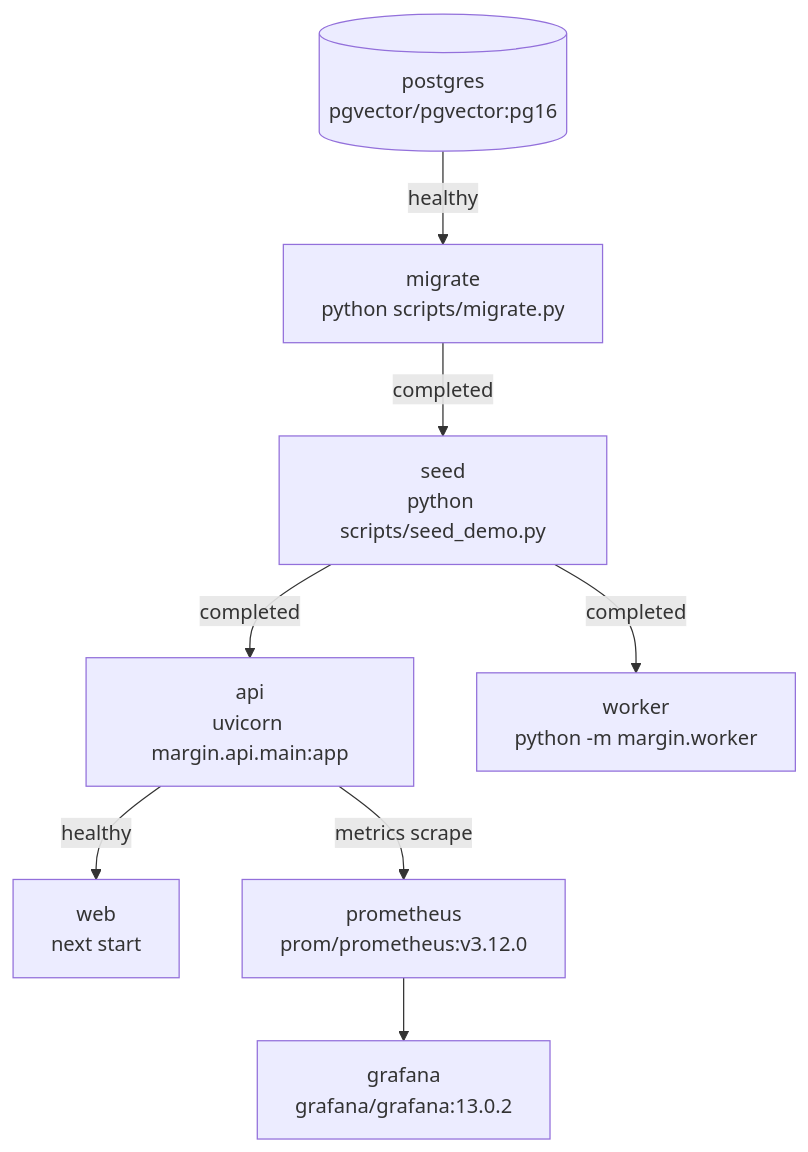
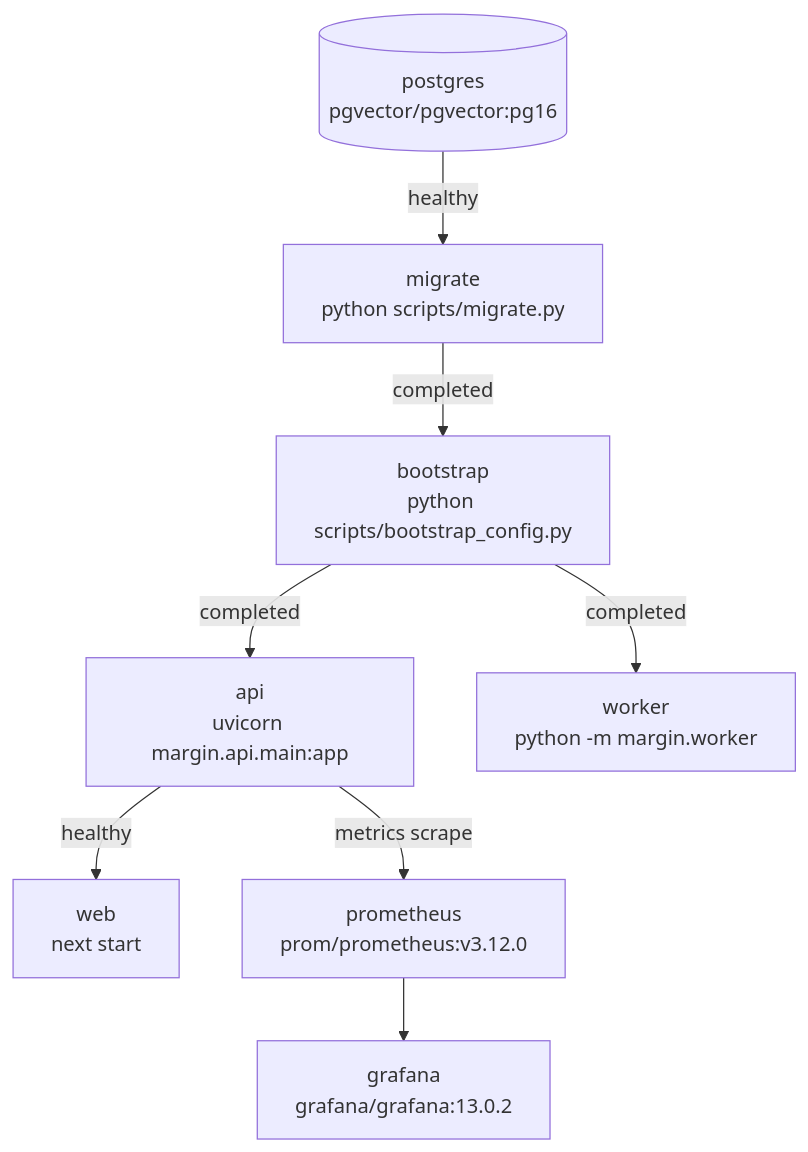
The sixth of 16 diagrams in docs/design/v0.2/architecture/Margin_架构设计_v0.2_中文.md (RickyW0529/Margin), drawn with Mermaid before and after one commit. The commit also changed other lines of this file and 469 other files, not shown here.

````diff
--- a/docs/design/v0.2/architecture/Margin_架构设计_v0.2_中文.md
+++ b/docs/design/v0.2/architecture/Margin_架构设计_v0.2_中文.md
@@ -260,19 +1127,19 @@
 ```mermaid
 flowchart TB
     Postgres[(postgres<br/>pgvector/pgvector:pg16)]
     Migrate[migrate<br/>python scripts/migrate.py]
-    Seed[seed<br/>python scripts/seed_demo.py]
+    Bootstrap[bootstrap<br/>python scripts/bootstrap_config.py]
     API[api<br/>uvicorn margin.api.main:app]
     Worker[worker<br/>python -m margin.worker]
     Web[web<br/>next start]
     Prometheus[prometheus<br/>prom/prometheus:v3.12.0]
     Grafana[grafana<br/>grafana/grafana:13.0.2]
 
     Postgres -->|healthy| Migrate
-    Migrate -->|completed| Seed
-    Seed -->|completed| API
-    Seed -->|completed| Worker
+    Migrate -->|completed| Bootstrap
+    Bootstrap -->|completed| API
+    Bootstrap -->|completed| Worker
     API -->|healthy| Web
     API -->|metrics scrape| Prometheus
     Prometheus --> Grafana
 ```
````
